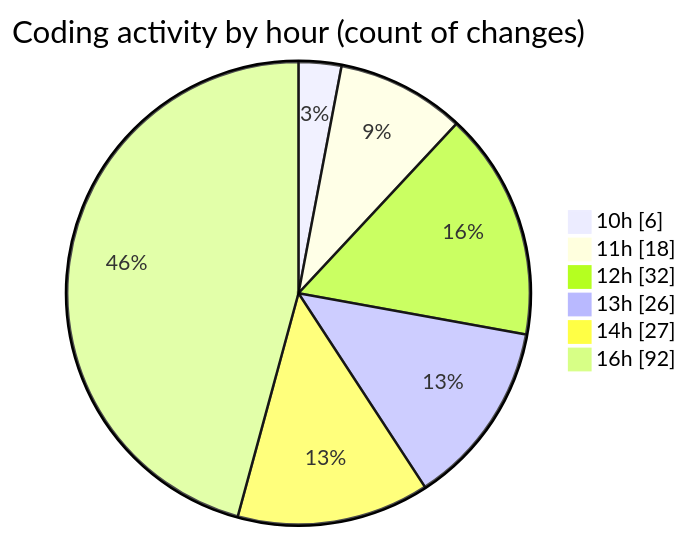
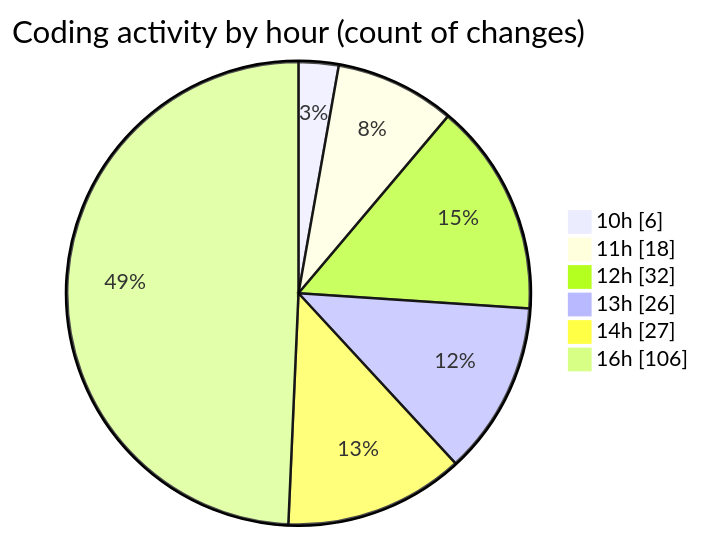
Before and after one commit to momahboobian/code-tracking: the second of 2 diagrams in 2026-09-03/cda/README.md, drawn with Mermaid. The commit also changed other lines of this file and 1 other file, not shown here.

````diff
--- a/2026-09-03/cda/README.md
+++ b/2026-09-03/cda/README.md
@@ -98,10 +98,10 @@
 ```mermaid
 pie showData
 title Coding activity by hour (count of changes)
 "10h" : 6
 "11h" : 18
 "12h" : 32
 "13h" : 26
 "14h" : 27
-"16h" : 92
+"16h" : 106
 ```
````
